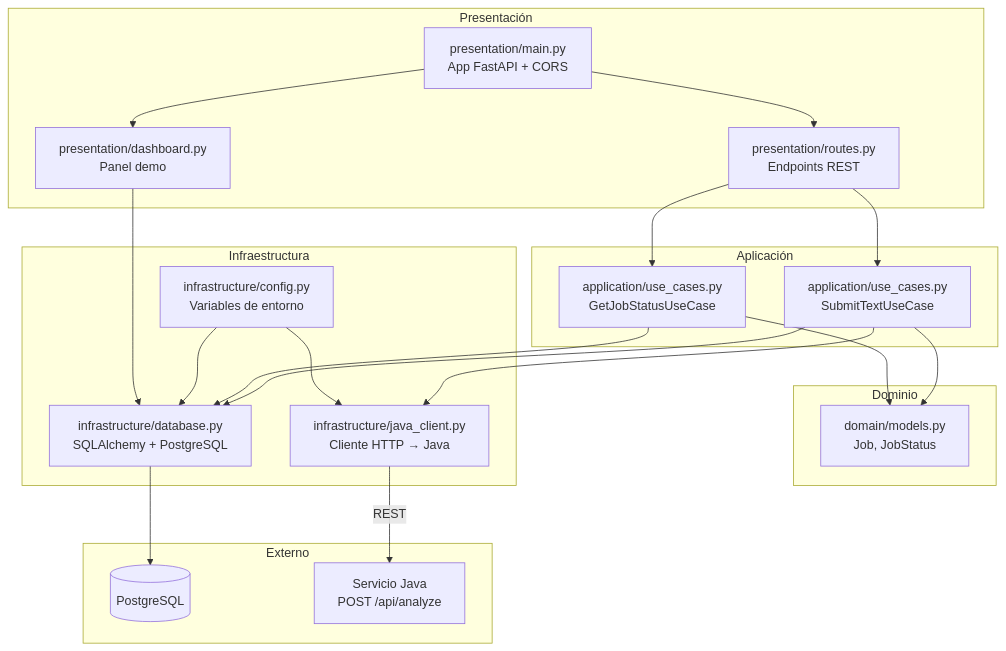
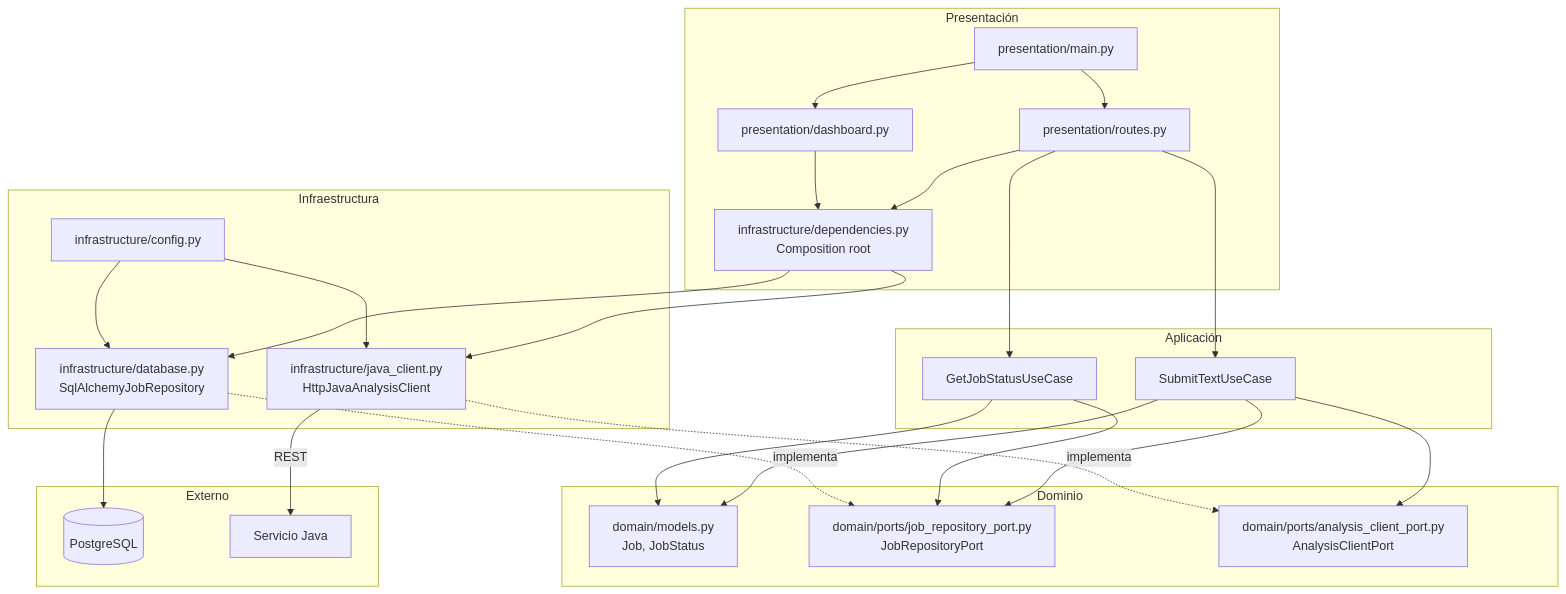
The diagram in docs/diagramas-capas/python-capas.md (allett29/analyticore), drawn with Mermaid before and after one commit. The commit also changed other lines of this file and 23 other files, not shown here.

````diff
--- a/docs/diagramas-capas/python-capas.md
+++ b/docs/diagramas-capas/python-capas.md
@@ -5,43 +5,51 @@
 ```mermaid
 graph TB
     subgraph Presentación
-        ROUTES[presentation/routes.py<br/>Endpoints REST]
-        MAIN[presentation/main.py<br/>App FastAPI + CORS]
-        DASH[presentation/dashboard.py<br/>Panel demo]
+        ROUTES[presentation/routes.py]
+        MAIN[presentation/main.py]
+        DASH[presentation/dashboard.py]
+        DEPS[infrastructure/dependencies.py<br/>Composition root]
     end
 
     subgraph Aplicación
-        UC_SUB[application/use_cases.py<br/>SubmitTextUseCase]
-        UC_GET[application/use_cases.py<br/>GetJobStatusUseCase]
+        UC_SUB[SubmitTextUseCase]
+        UC_GET[GetJobStatusUseCase]
     end
 
     subgraph Dominio
         MODELS[domain/models.py<br/>Job, JobStatus]
+        PORT_REPO[domain/ports/job_repository_port.py<br/>JobRepositoryPort]
+        PORT_JAVA[domain/ports/analysis_client_port.py<br/>AnalysisClientPort]
     end
 
     subgraph Infraestructura
-        DB[infrastructure/database.py<br/>SQLAlchemy + PostgreSQL]
-        JAVA[infrastructure/java_client.py<br/>Cliente HTTP → Java]
-        CFG[infrastructure/config.py<br/>Variables de entorno]
+        DB[infrastructure/database.py<br/>SqlAlchemyJobRepository]
+        JAVA[infrastructure/java_client.py<br/>HttpJavaAnalysisClient]
+        CFG[infrastructure/config.py]
     end
 
     subgraph Externo
         PG[(PostgreSQL)]
-        JV[Servicio Java<br/>POST /api/analyze]
+        JV[Servicio Java]
     end
 
     MAIN --> ROUTES
     MAIN --> DASH
+    DEPS --> DB
+    DEPS --> JAVA
+    ROUTES --> DEPS
     ROUTES --> UC_SUB
     ROUTES --> UC_GET
+    DASH --> DEPS
     UC_SUB --> MODELS
     UC_GET --> MODELS
-    UC_SUB --> DB
-    UC_SUB --> JAVA
-    UC_GET --> DB
+    UC_SUB --> PORT_REPO
+    UC_SUB --> PORT_JAVA
+    UC_GET --> PORT_REPO
+    DB -.->|implementa| PORT_REPO
+    JAVA -.->|implementa| PORT_JAVA
     DB --> PG
     JAVA -->|REST| JV
     CFG --> DB
     CFG --> JAVA
-    DASH --> DB
 ```
````
